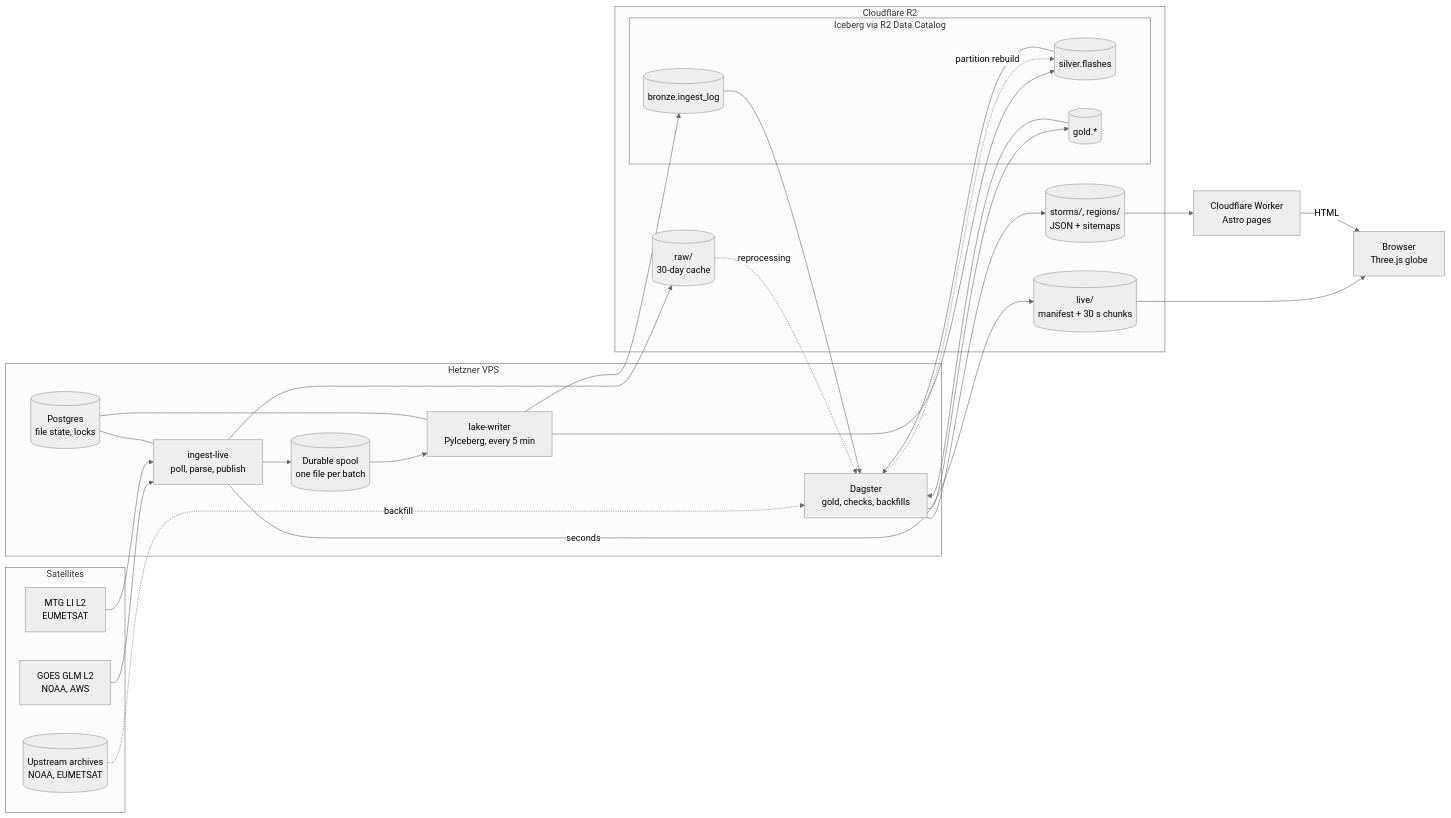
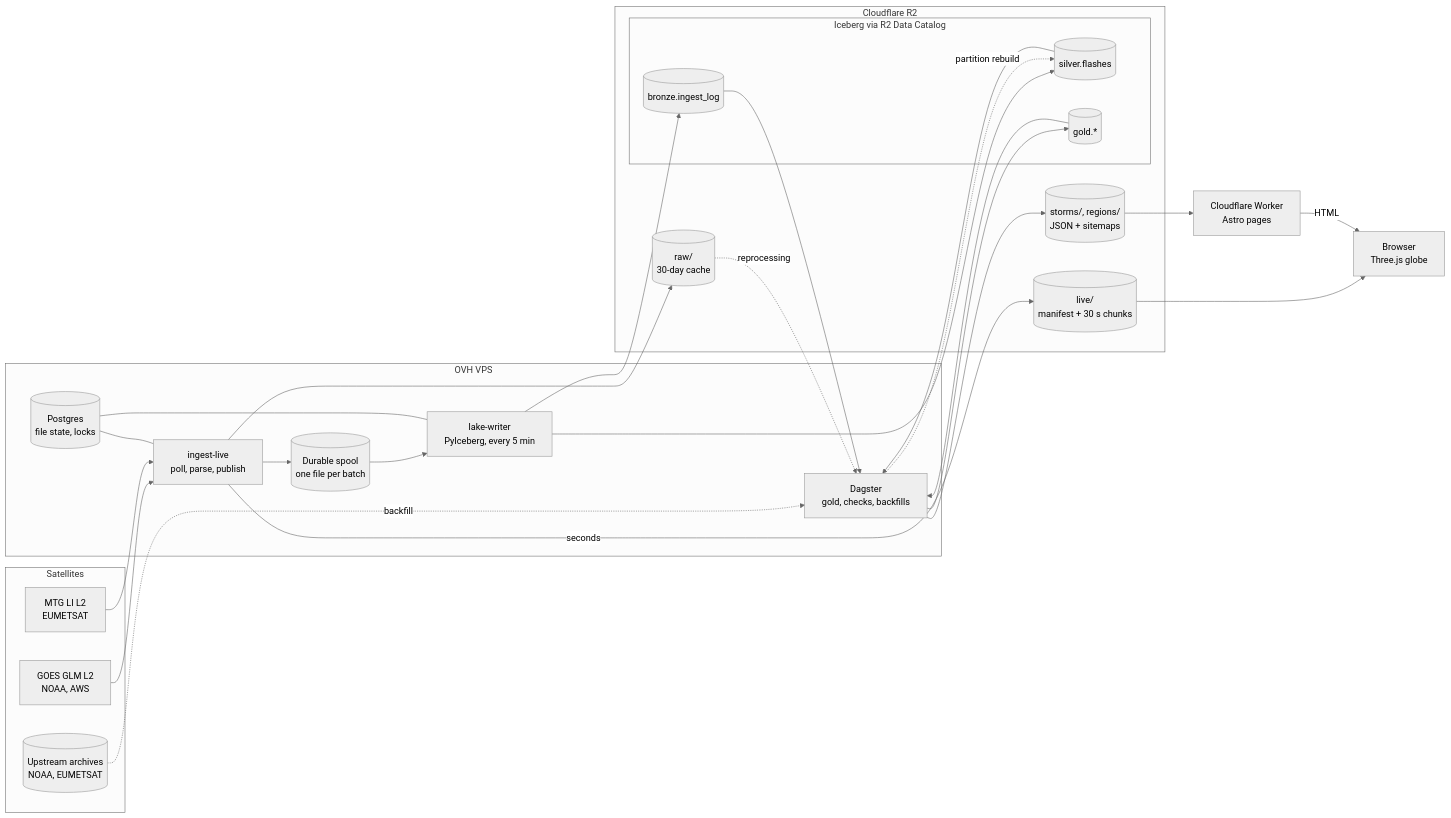
The diagram in docs/architecture.md (pierregc/scintille), drawn with Mermaid (neutral theme) before and after one commit. The commit also changed 1 other file, not shown here.

Commit message:
docs: replace Hetzner with OVH in overview docs

````diff
--- a/docs/architecture.md
+++ b/docs/architecture.md
@@ -7,52 +7,52 @@
 ```mermaid
 flowchart LR
     subgraph sources["Satellites"]
         glm["GOES GLM L2<br/>NOAA, AWS"]
         li["MTG LI L2<br/>EUMETSAT"]
         archives[("Upstream archives<br/>NOAA, EUMETSAT")]
     end
 
-    subgraph vps["Hetzner VPS"]
+    subgraph vps["OVH VPS"]
         live_proc["ingest-live<br/>poll, parse, publish"]
         spool[("Durable spool<br/>one file per batch")]
         writer["lake-writer<br/>PyIceberg, every 5 min"]
         pg[("Postgres<br/>file state, locks")]
         dagster["Dagster<br/>gold, checks, backfills"]
     end
 
     subgraph r2["Cloudflare R2"]
         raw[("raw/<br/>30-day cache")]
         live[("live/<br/>manifest + 30 s chunks")]
         subgraph lake["Iceberg via R2 Data Catalog"]
             bronze[("bronze.ingest_log")]
             silver[("silver.flashes")]
             gold[("gold.*")]
         end
         pub[("storms/, regions/<br/>JSON + sitemaps")]
     end
 
     worker["Cloudflare Worker<br/>Astro pages"]
     browser["Browser<br/>Three.js globe"]
 
     glm --> live_proc
     li --> live_proc
     live_proc --> raw
     live_proc -->|seconds| live
     live_proc --> spool
     spool --> writer
     writer --> silver
     writer --> bronze
     pg --- live_proc
     pg --- writer
     silver --> dagster
     bronze --> dagster
     dagster --> gold
     gold --> dagster
     dagster --> pub
     archives -.->|backfill| dagster
     raw -.->|reprocessing| dagster
     dagster -.->|partition rebuild| silver
     live --> browser
     pub --> worker
     worker -->|HTML| browser
 ```
````
